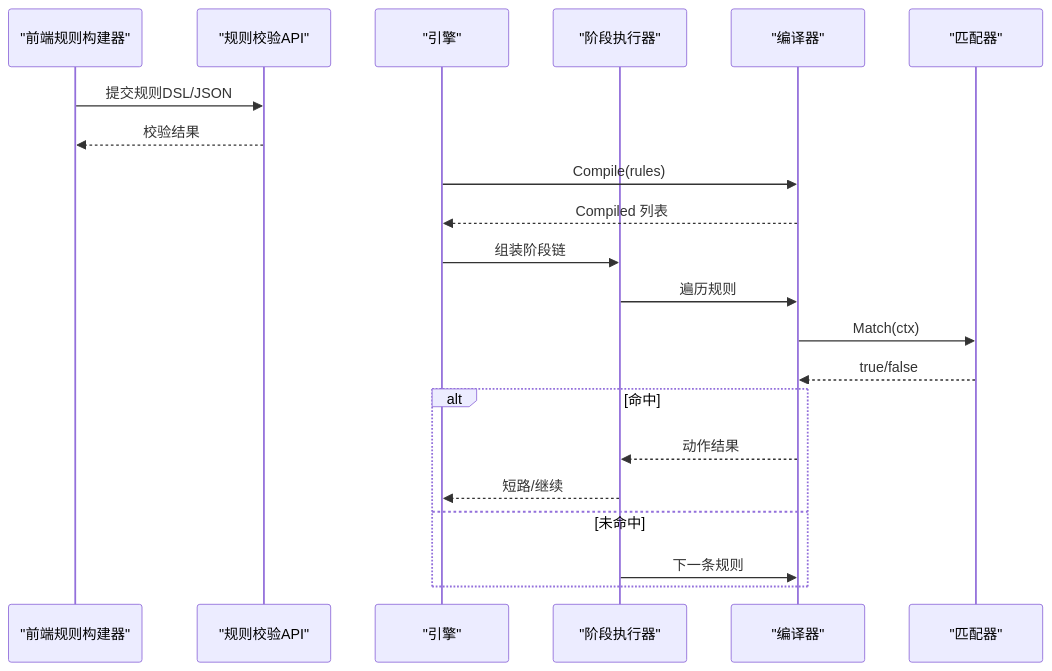
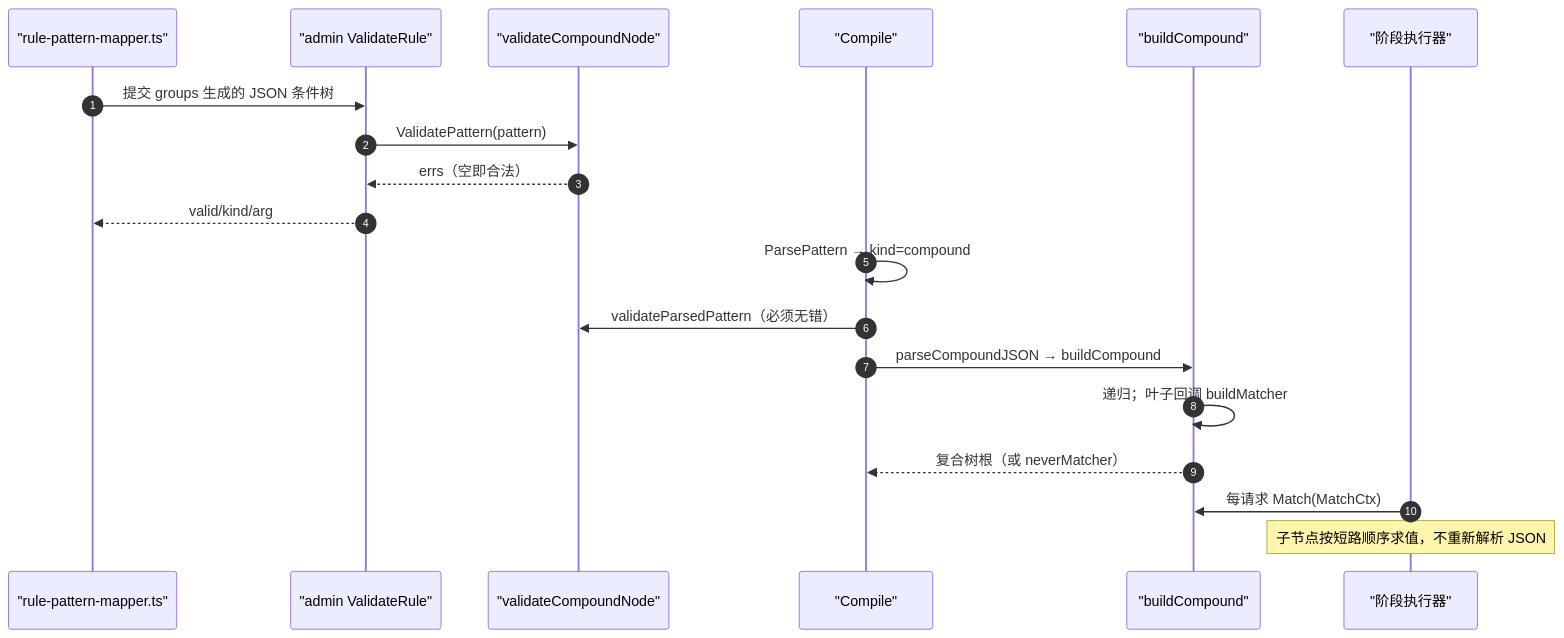
One commit to x01n/My-OpenWaf changed the third of 5 diagrams in docs/WAF 引擎系统/规则匹配器/复合匹配器.md. Above: the diagram before and after it, drawn with Mermaid. The commit also changed other lines of this file and 622 other files, not shown here.

````diff
--- a/docs/WAF 引擎系统/规则匹配器/复合匹配器.md
+++ b/docs/WAF 引擎系统/规则匹配器/复合匹配器.md
@@ -101,23 +193,21 @@
 ```mermaid
 sequenceDiagram
-participant FE as "前端规则构建器"
-participant API as "规则校验API"
-participant ENG as "引擎"
-participant PIPE as "阶段执行器"
-participant CMP as "编译器"
-participant MAT as "匹配器"
-FE->>API : 提交规则DSL/JSON
-API-->>FE : 校验结果
-ENG->>CMP : Compile(rules)
-CMP-->>ENG : Compiled 列表
-ENG->>PIPE : 组装阶段链
-PIPE->>CMP : 遍历规则
-CMP->>MAT : Match(ctx)
-MAT-->>CMP : true/false
-alt 命中
-CMP-->>PIPE : 动作结果
-PIPE-->>ENG : 短路/继续
-else 未命中
-PIPE->>CMP : 下一条规则
-end
+  autonumber
+  participant FE as "rule-pattern-mapper.ts"
+  participant AD as "admin ValidateRule"
+  participant VAL as "validateCompoundNode"
+  participant CMP as "Compile"
+  participant BC as "buildCompound"
+  participant PH as "阶段执行器"
+  FE->>AD: 提交 groups 生成的 JSON 条件树
+  AD->>VAL: ValidatePattern(pattern)
+  VAL-->>AD: errs（空即合法）
+  AD-->>FE: valid/kind/arg
+  CMP->>CMP: ParsePattern → kind=compound
+  CMP->>VAL: validateParsedPattern（必须无错）
+  CMP->>BC: parseCompoundJSON → buildCompound
+  BC->>BC: 递归；叶子回调 buildMatcher
+  BC-->>CMP: 复合树根（或 neverMatcher）
+  PH->>BC: 每请求 Match(MatchCtx)
+  Note over PH: 子节点按短路顺序求值，不重新解析 JSON
 ```
````
